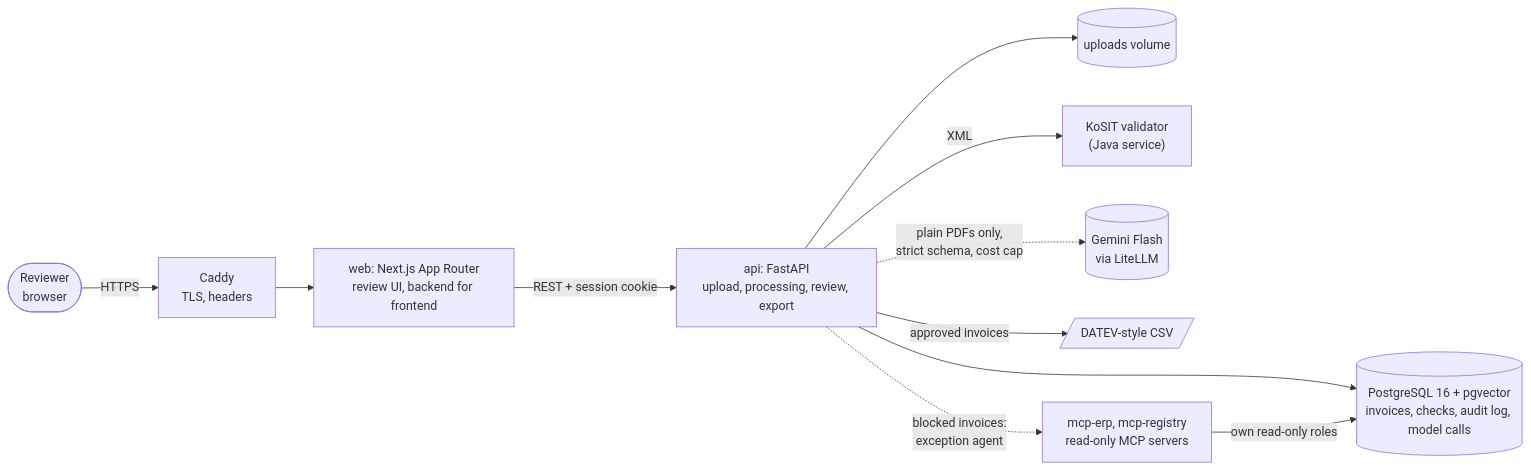
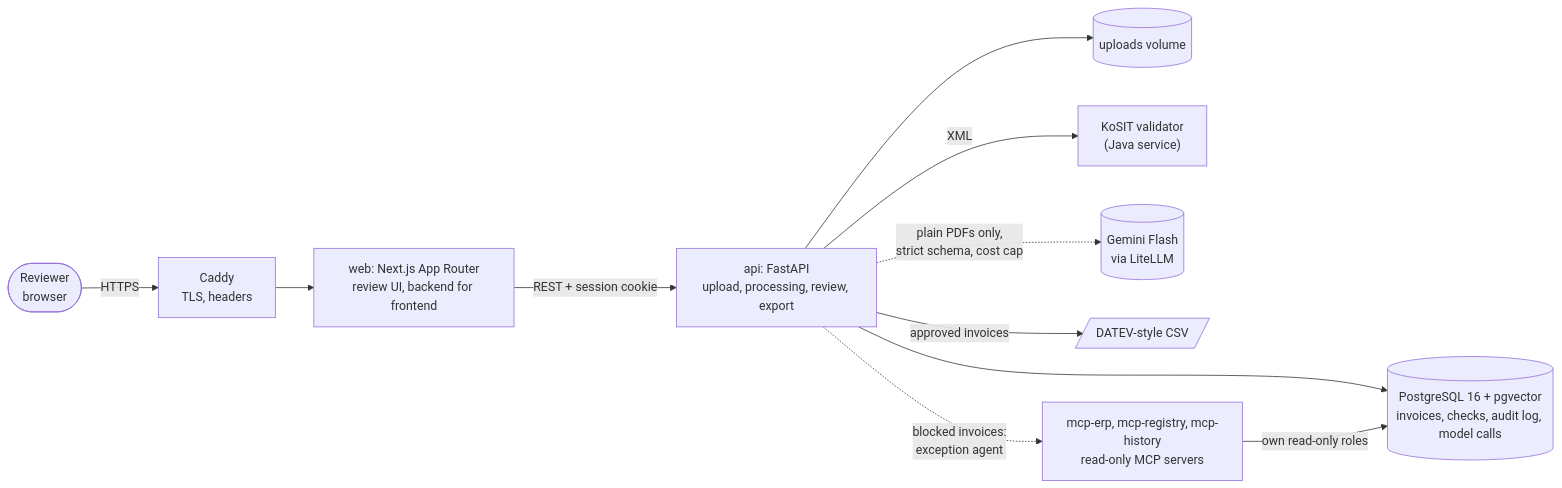
One commit to Ziad-Alghawi/invoiceguard changed the diagram in README.md. Above: the diagram before and after it, drawn with Mermaid. The commit also changed other lines of this file and 324 other files, not shown here.

First line of the commit message:
feat(r3): history and rulebook for the agent, mcp-history (R3-4b) (#26)

````diff
--- a/README.md
+++ b/README.md
@@ -62,13 +63,13 @@
 ```mermaid
 flowchart LR
     reviewer([Reviewer<br/>browser]) -- HTTPS --> caddy[Caddy<br/>TLS, headers]
     caddy --> web["web: Next.js App Router<br/>review UI, backend for frontend"]
     web -- "REST + session cookie" --> api["api: FastAPI<br/>upload, processing, review, export"]
     api --> db[("PostgreSQL 16 + pgvector<br/>invoices, checks, audit log, model calls")]
     api --> files[("uploads volume")]
     api -- "XML" --> kosit["KoSIT validator<br/>(Java service)"]
     api -. "plain PDFs only,<br/>strict schema, cost cap" .-> llm[("Gemini Flash<br/>via LiteLLM")]
     api -- "approved invoices" --> datev[/"DATEV-style CSV"/]
-    api -. "blocked invoices:<br/>exception agent" .-> mcp["mcp-erp, mcp-registry<br/>read-only MCP servers"]
+    api -. "blocked invoices:<br/>exception agent" .-> mcp["mcp-erp, mcp-registry, mcp-history<br/>read-only MCP servers"]
     mcp -- "own read-only roles" --> db
 ```
````
